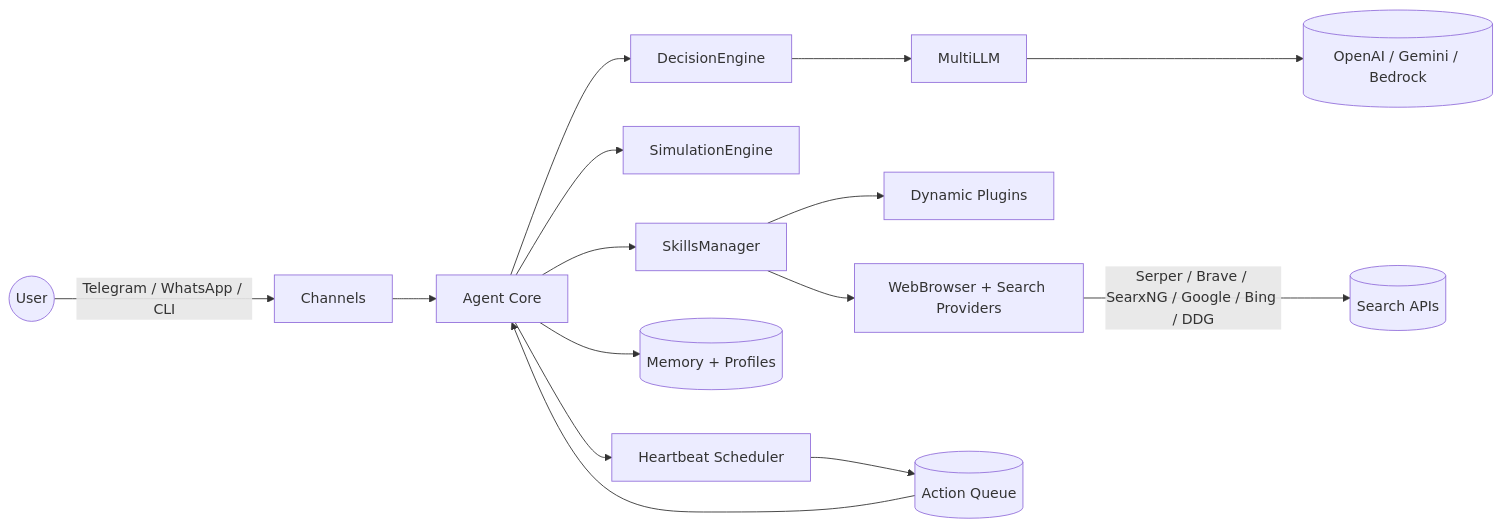
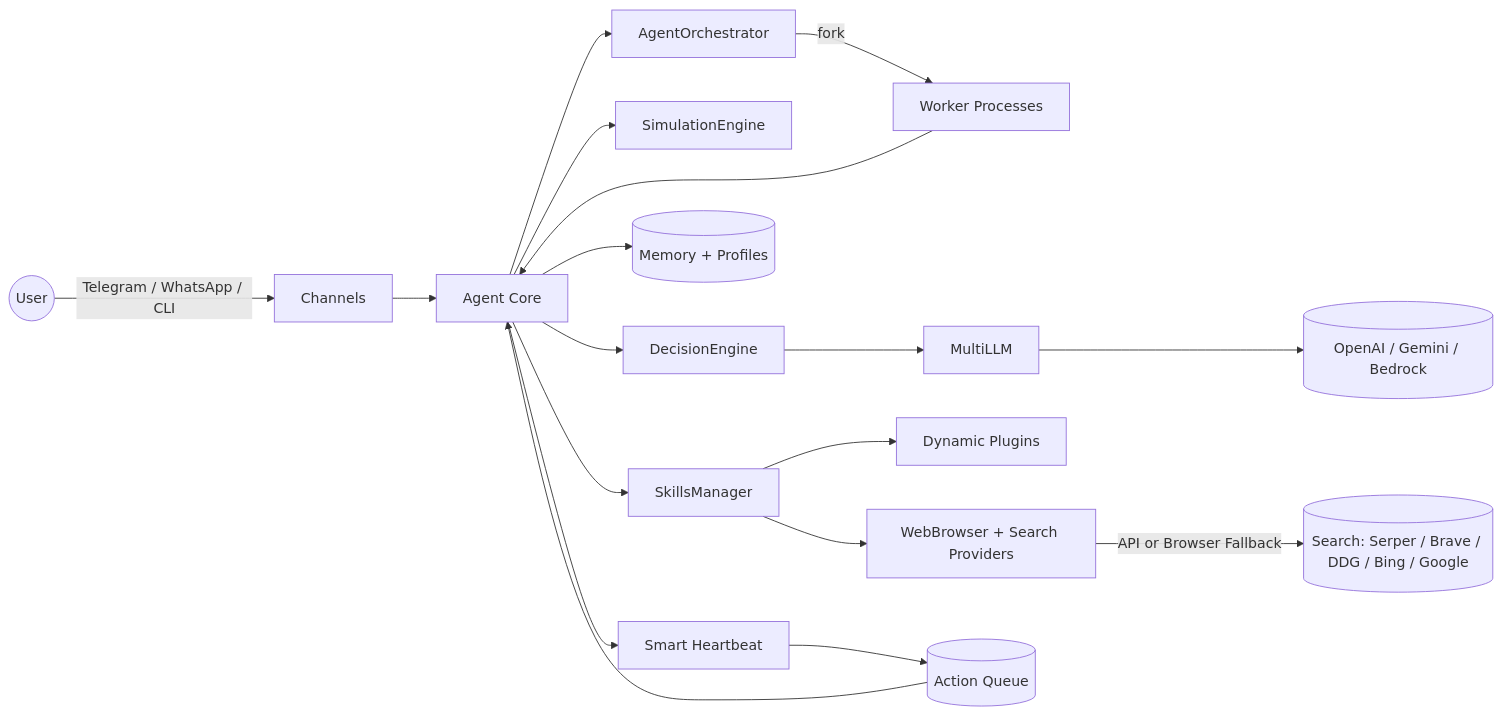
One commit to fredabila/orcbot changed the diagram in README.md. Above: the diagram before and after it, drawn with Mermaid. The commit also changed other lines of this file and 14 other files, not shown here.

First line of the commit message:
feat: Implement multi-agent orchestration with AgentOrchestrator and AgentWorker

````diff
--- a/README.md
+++ b/README.md
@@ -48,17 +50,20 @@
 ```mermaid
 flowchart LR
 	User((User)) -->|Telegram / WhatsApp / CLI| Channels
 	Channels --> Agent[Agent Core]
 	Agent --> Decision[DecisionEngine]
 	Agent --> Simulation[SimulationEngine]
 	Agent --> Skills[SkillsManager]
 	Agent --> Memory[(Memory + Profiles)]
-	Agent --> Scheduler[Heartbeat Scheduler]
+	Agent --> Scheduler[Smart Heartbeat]
+	Agent --> Orchestrator[AgentOrchestrator]
+	Orchestrator -->|fork| Workers[Worker Processes]
+	Workers --> Agent
 	Skills --> Web[WebBrowser + Search Providers]
 	Skills --> Plugins[Dynamic Plugins]
-	Web -->|Serper / Brave / SearxNG / Google / Bing / DDG| SearchAPIs[(Search APIs)]
+	Web -->|API or Browser Fallback| SearchAPIs[(Search: Serper / Brave / DDG / Bing / Google)]
 	Decision --> LLM[MultiLLM]
 	LLM --> Providers[(OpenAI / Gemini / Bedrock)]
 	Scheduler --> Queue[(Action Queue)]
 	Queue --> Agent
 ```
````
